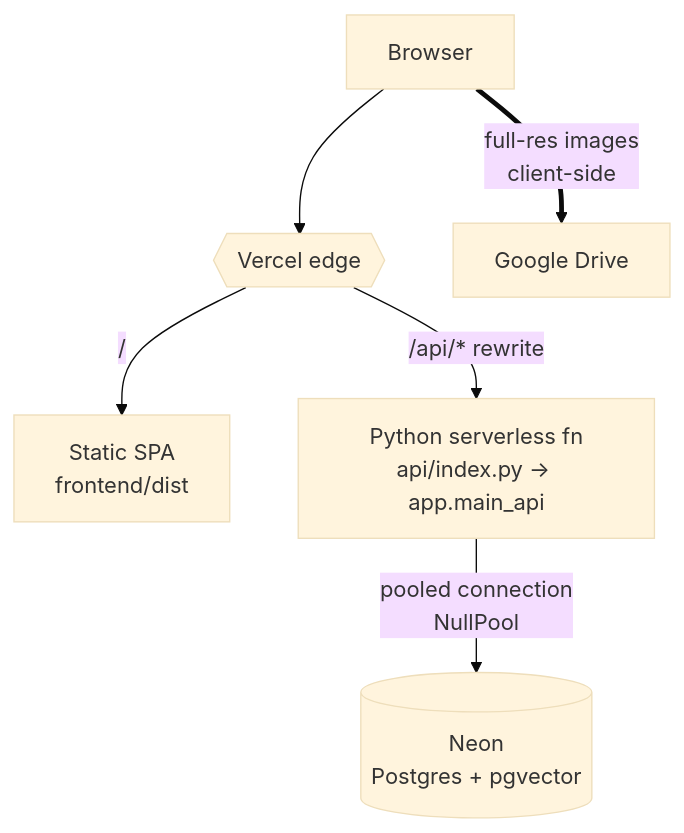
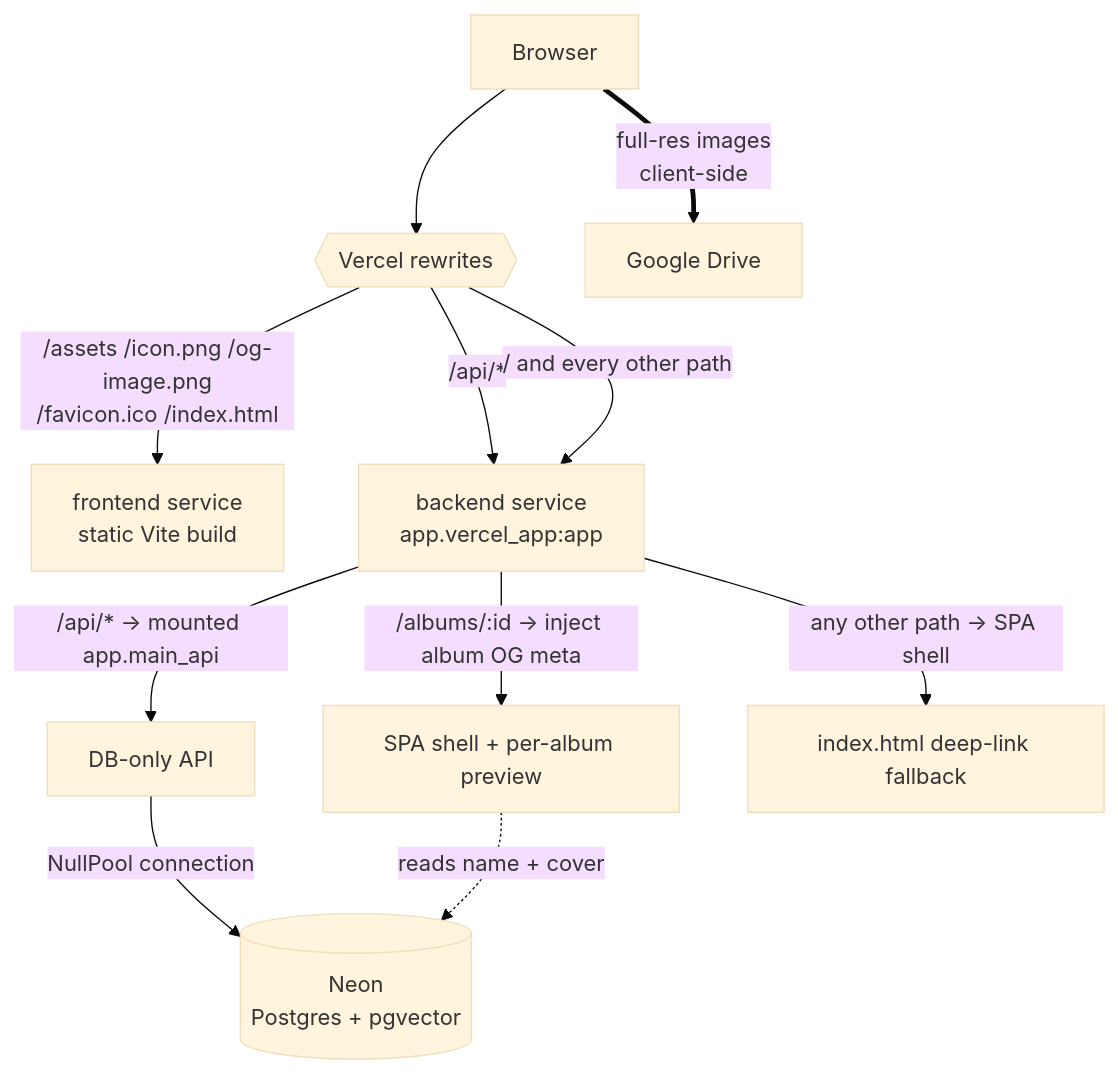
One commit to DeKal/photo-gallery changed the sixth of 6 diagrams in docs/architecture.md. Above: the diagram before and after it, drawn with Mermaid (base theme). The commit also changed other lines of this file and 2 other files, not shown here.

First line of the commit message:
docs: update routing, albums, and Vercel services model

````diff
--- a/docs/architecture.md
+++ b/docs/architecture.md
@@ -211,8 +258,13 @@
 ```mermaid
 flowchart TD
-    B[Browser] --> V{{Vercel edge}}
-    V -->|/| SPA[Static SPA<br/>frontend/dist]
-    V -->|/api/*  rewrite| FN[Python serverless fn<br/>api/index.py → app.main_api]
-    FN -->|pooled connection<br/>NullPool| NEON[(Neon<br/>Postgres + pgvector)]
+    B[Browser] --> V{{Vercel rewrites}}
+    V -->|"/assets /icon.png /og-image.png<br/>/favicon.ico /index.html"| SPA[frontend service<br/>static Vite build]
+    V -->|"/api/*"| BE
+    V -->|"/ and every other path"| BE[backend service<br/>app.vercel_app:app]
+    BE -->|"/api/* → mounted app.main_api"| APIMOUNT[DB-only API]
+    BE -->|"/albums/:id → inject album OG meta"| OGP[SPA shell + per-album preview]
+    BE -->|"any other path → SPA shell"| SHELL[index.html deep-link fallback]
+    APIMOUNT -->|NullPool connection| NEON[(Neon<br/>Postgres + pgvector)]
+    OGP -.->|reads name + cover| NEON
     B ==>|full-res images<br/>client-side| DRIVE[Google Drive]
 ```
````
